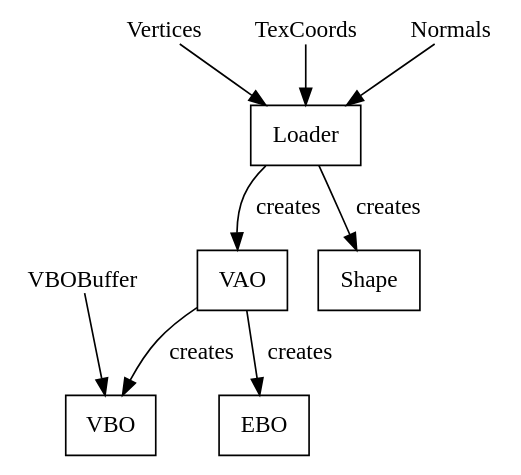
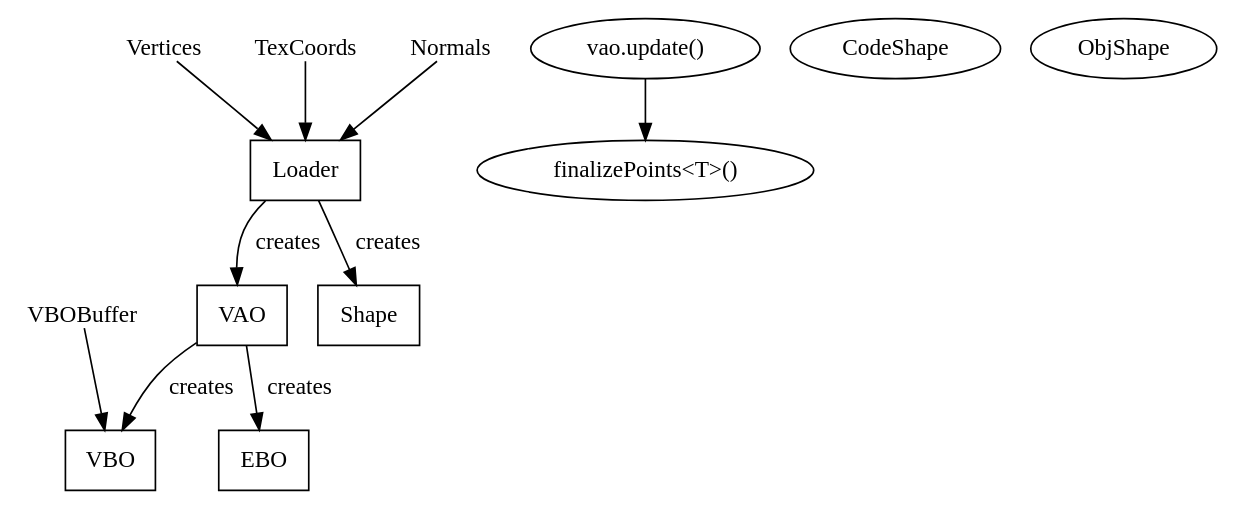
The diagram in docs/TD001_ERD.gv (SebOuellette/oglopp), drawn with Graphviz before and after one commit. The commit also changed 11 other files, not shown here.

```diff
--- a/docs/TD001_ERD.gv
+++ b/docs/TD001_ERD.gv
@@ -1,26 +1,28 @@
 // Graphviz dot language
 // TD001_ERD - Entity Relationship Diagram
 
 digraph G {
 	graph [layout=dot rankdir=TD]
 	node [shape=box]
 
 	//Loader -> Shape
 	
 	//BufObj -> {VAO EBO VBO} [arrowtail=onormal, dir=back, label="is a"]
 	
 	Loader -> {VAO Shape} [label="creates"]
 	
 	VAO -> {EBO VBO} [label="creates"]
 
 
 	// Variables/properties
 	node [shape=plain]
 	VBOBuffer -> VBO
 	{Vertices TexCoords Normals} -> Loader
 
-	// Process for classes
+	// Functions/processes for classes
 	node [shape=oval]
-
-
+	"vao.update()" -> "finalizePoints<T>()"
+	
+	CodeShape
+	ObjShape
 }
```
